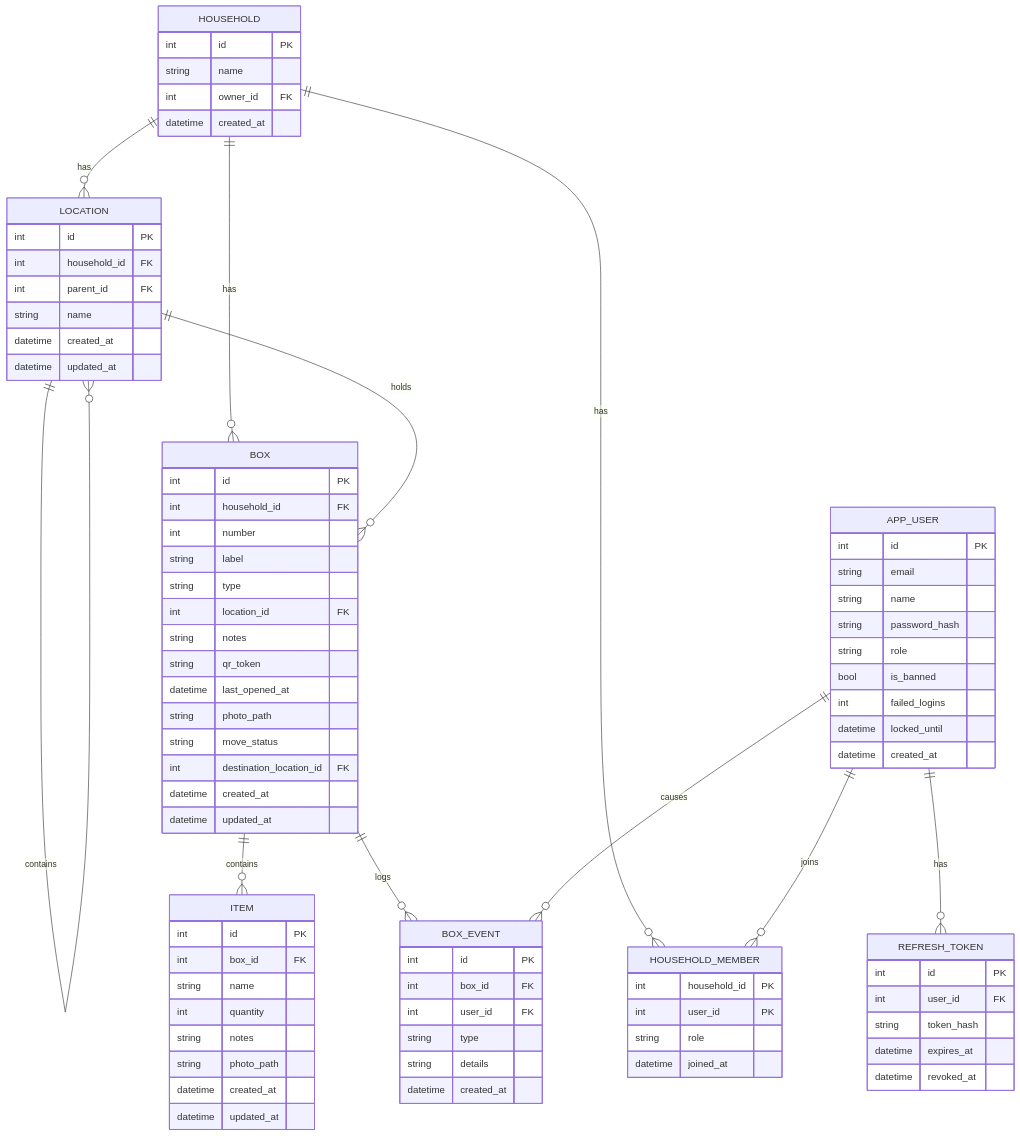
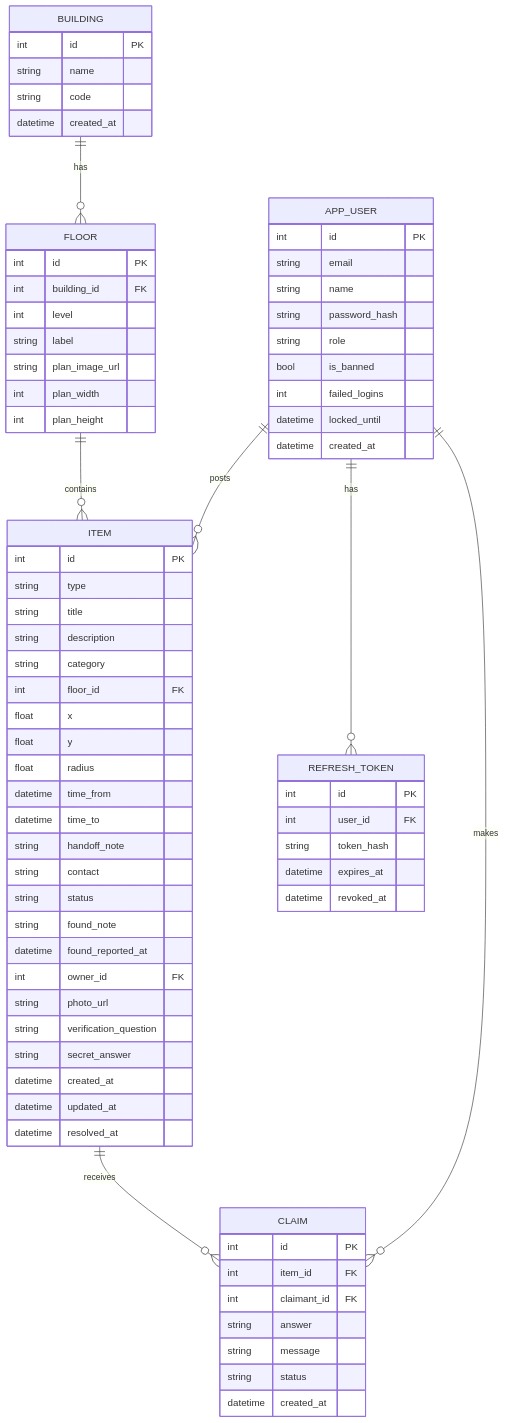
The sixth of 6 diagrams in docs/03-tdd.md (zarints05/2311933-S5-BoxBrain), drawn with Mermaid before and after one commit. The commit also changed other lines of this file and 38 other files, not shown here.

````diff
--- a/docs/03-tdd.md
+++ b/docs/03-tdd.md
@@ -218,61 +197,51 @@
 ```mermaid
 erDiagram
-    HOUSEHOLD ||--o{ LOCATION : has
-    HOUSEHOLD ||--o{ BOX : has
-    HOUSEHOLD ||--o{ HOUSEHOLD_MEMBER : has
-    APP_USER ||--o{ HOUSEHOLD_MEMBER : joins
+    BUILDING ||--o{ FLOOR : has
+    FLOOR ||--o{ ITEM : contains
+    APP_USER ||--o{ ITEM : posts
     APP_USER ||--o{ REFRESH_TOKEN : has
-    LOCATION ||--o{ LOCATION : contains
-    LOCATION ||--o{ BOX : holds
-    BOX ||--o{ ITEM : contains
-    BOX ||--o{ BOX_EVENT : logs
-    APP_USER ||--o{ BOX_EVENT : causes
+    APP_USER ||--o{ CLAIM : makes
+    ITEM ||--o{ CLAIM : receives
 
-    LOCATION {
+    BUILDING {
         int id PK
-        int household_id FK
-        int parent_id FK
         string name
+        string code
         datetime created_at
-        datetime updated_at
     }
-    BOX {
+    FLOOR {
         int id PK
-        int household_id FK
-        int number
+        int building_id FK
+        int level
         string label
-        string type
-        int location_id FK
-        string notes
-        string qr_token
-        datetime last_opened_at
-        string photo_path
-        string move_status
-        int destination_location_id FK
-        datetime created_at
-        datetime updated_at
+        string plan_image_url
+        int plan_width
+        int plan_height
     }
     ITEM {
         int id PK
-        int box_id FK
-        string name
-        int quantity
-        string notes
-        string photo_path
+        string type
+        string title
+        string description
+        string category
+        int floor_id FK
+        float x
+        float y
+        float radius
+        datetime time_from
+        datetime time_to
+        string handoff_note
+        string contact
+        string status
+        string found_note
+        datetime found_reported_at
+        int owner_id FK
+        string photo_url
+        string verification_question
+        string secret_answer
         datetime created_at
         datetime updated_at
-    }
-    HOUSEHOLD {
-        int id PK
-        string name
-        int owner_id FK
-        datetime created_at
-    }
-    HOUSEHOLD_MEMBER {
-        int household_id PK
-        int user_id PK
-        string role
-        datetime joined_at
+        datetime resolved_at
     }
     APP_USER {
         int id PK
@@ -292,12 +261,13 @@
         datetime expires_at
         datetime revoked_at
     }
-    BOX_EVENT {
+    CLAIM {
         int id PK
-        int box_id FK
-        int user_id FK
-        string type
-        string details
+        int item_id FK
+        int claimant_id FK
+        string answer
+        string message
+        string status
         datetime created_at
     }
 ```
````
